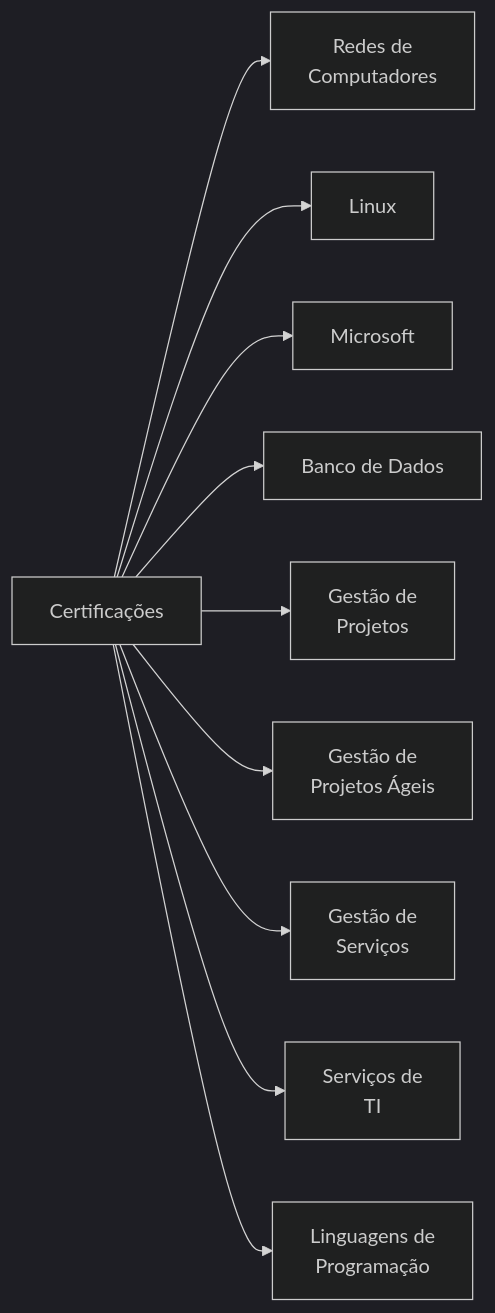
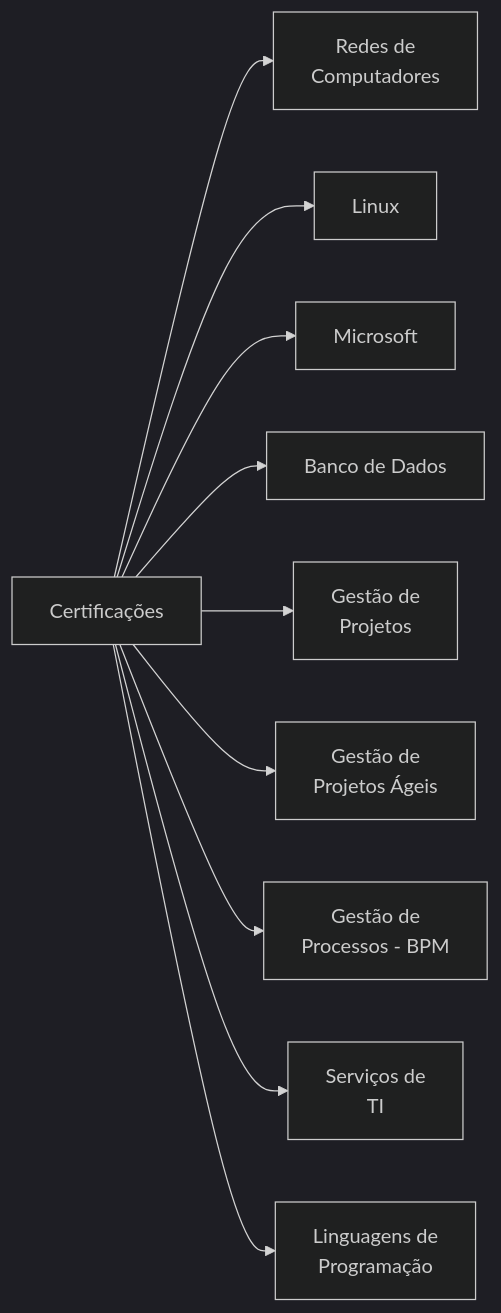
One commit to dnlclaudino/gestao-do-conhecimento changed the fifth of 6 diagrams in README.md. Above: the diagram before and after it, drawn with Mermaid (dark theme). The commit also changed other lines of this file, not shown here.

````diff
--- a/README.md
+++ b/README.md
@@ -140,12 +140,12 @@
 ```mermaid
 graph LR;
   CERT[Certificações]-->RC[Redes de<br>Computadores];
         CERT-->L[Linux];
         CERT-->M[Microsoft];
         CERT-->BD[Banco de Dados];
         CERT-->GP[Gestão de<br>Projetos];
         CERT-->GPA[Gestão de<br>Projetos Ágeis];
-        CERT-->GS[Gestão de<br>Serviços];
+        CERT-->GS[Gestão de<br>Processos - BPM];
         CERT-->ST[Serviços de<br>TI];
         CERT-->LING[Linguagens de<br>Programação];
 ```
````
